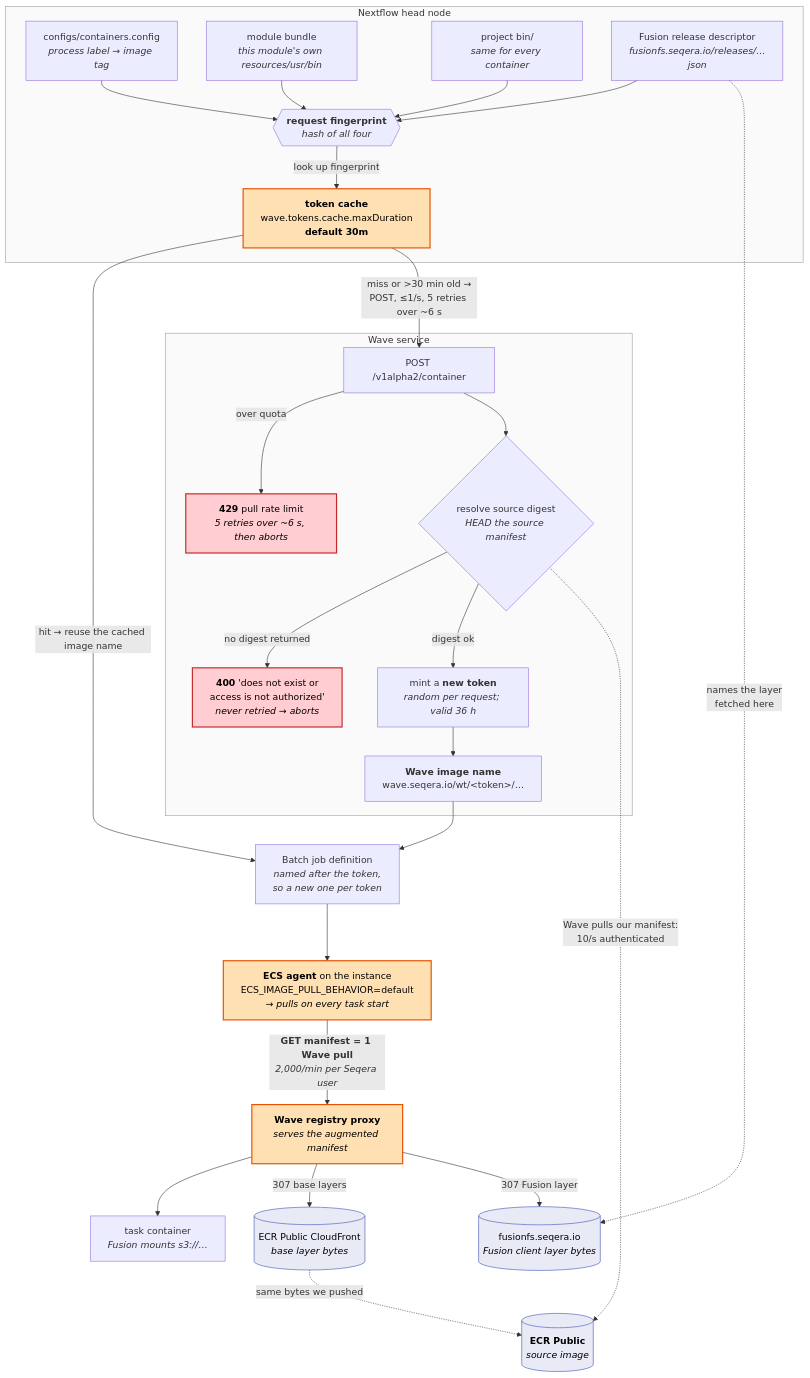
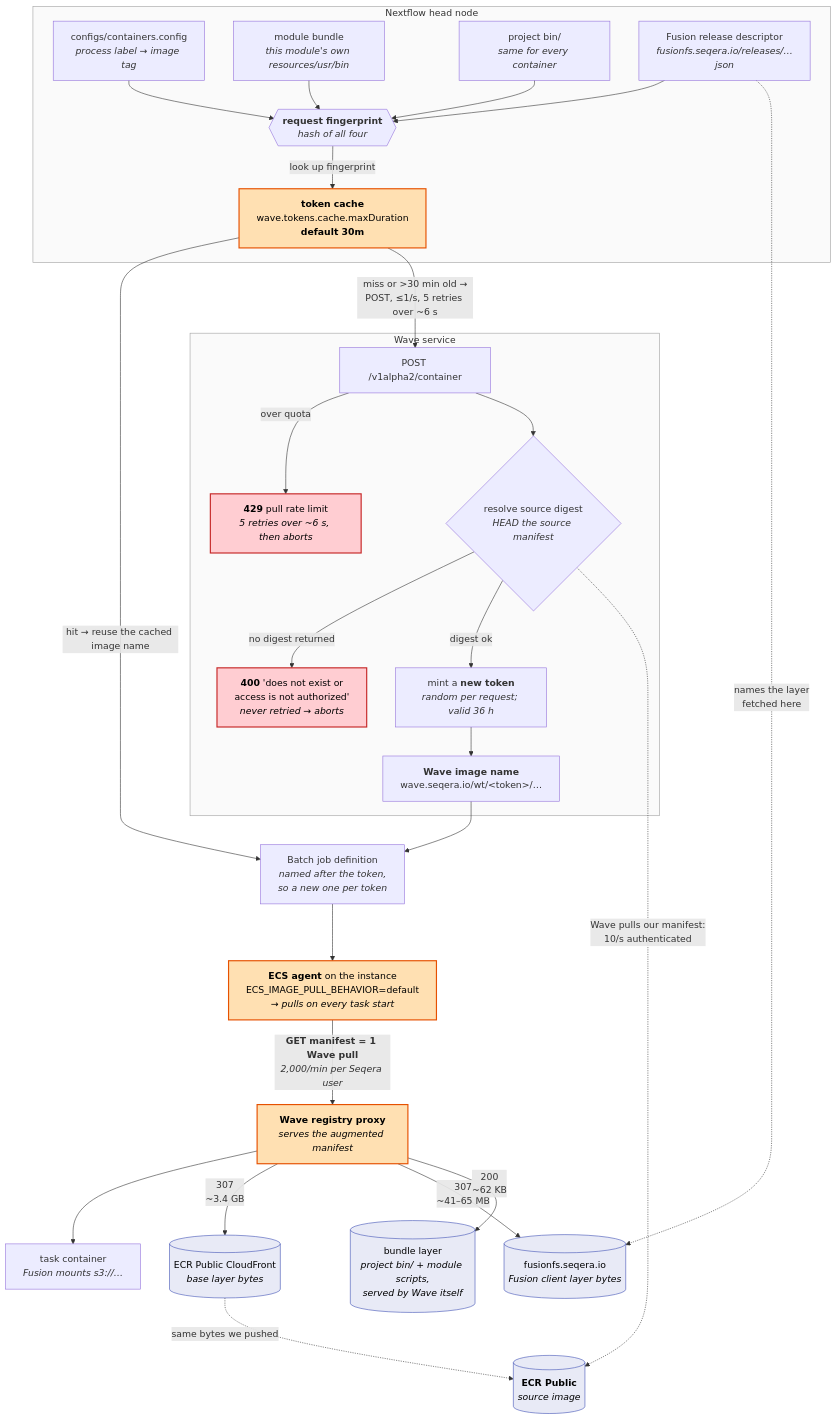
One commit to securebio/nao-mgs-workflow changed the second of 2 diagrams in docs/wave.md. Above: the diagram before and after it, drawn with Mermaid. The commit also changed other lines of this file, not shown here.

First line of the commit message:
Show the bundle layer as the one blob Wave actually serves

````diff
--- a/docs/wave.md
+++ b/docs/wave.md
@@ -127,58 +135,60 @@
 ```mermaid
 flowchart TB
     subgraph HEAD["Nextflow head node"]
         CFG["configs/containers.config<br/><i>process label → image tag</i>"]
         BUNDLE["module bundle<br/><i>this module's own resources/usr/bin</i>"]
         BIN["project bin/<br/><i>same for every container</i>"]
         FUSEJSON["Fusion release descriptor<br/><i>fusionfs.seqera.io/releases/…json</i>"]
         FP{{"<b>request fingerprint</b><br/><i>hash of all four</i>"}}
         CACHE["<b>token cache</b><br/>wave.tokens.cache.maxDuration<br/><b>default 30m</b>"]
         CFG --> FP
         BUNDLE --> FP
         BIN --> FP
         FUSEJSON --> FP
         FP -- "look up fingerprint" --> CACHE
     end
 
     subgraph WAVESVC["Wave service"]
         WAVE["POST /v1alpha2/container"]
         DIGEST{"resolve source digest<br/><i>HEAD the source manifest</i>"}
         ERR429["<b>429</b> pull rate limit<br/><i>5 retries over ~6 s, then aborts</i>"]
         ERR400["<b>400</b> 'does not exist or<br/>access is not authorized'<br/><i>never retried → aborts</i>"]
         TOKEN["mint a <b>new token</b><br/><i>random per request; valid 36 h</i>"]
         IMG["<b>Wave image name</b><br/>wave.seqera.io/wt/&lt;token&gt;/…"]
         WAVE -- "over quota" --> ERR429
         WAVE --> DIGEST
         DIGEST -- "no digest returned" --> ERR400
         DIGEST -- "digest ok" --> TOKEN --> IMG
     end
 
     SRC[("<b>ECR Public</b><br/><i>source image</i>")]
     JOBDEF["Batch job definition<br/><i>named after the token,<br/>so a new one per token</i>"]
     ECSAGENT["<b>ECS agent</b> on the instance<br/>ECS_IMAGE_PULL_BEHAVIOR=default<br/><i>→ pulls on every task start</i>"]
     WAVEREG["<b>Wave registry proxy</b><br/><i>serves the augmented manifest</i>"]
     TASK["task container<br/><i>Fusion mounts s3://…</i>"]
     CDN[("ECR Public CloudFront<br/><i>base layer bytes</i>")]
     FUSECDN[("fusionfs.seqera.io<br/><i>Fusion client layer bytes</i>")]
+    DATALAYER[("bundle layer<br/><i>project bin/ + module scripts,<br/>served by Wave itself</i>")]
 
     CACHE -- "hit → reuse the cached image name" --> JOBDEF
     CACHE -- "miss or >30 min old →<br/>POST, ≤1/s, 5 retries over ~6 s" --> WAVE
     DIGEST -. "Wave pulls our manifest:<br/>10/s authenticated" .-> SRC
     IMG --> JOBDEF
     JOBDEF --> ECSAGENT
     ECSAGENT -- "<b>GET manifest = 1 Wave pull</b><br/><i>2,000/min per Seqera user</i>" --> WAVEREG
     WAVEREG --> TASK
-    WAVEREG -- "307 base layers" --> CDN
-    WAVEREG -- "307 Fusion layer" --> FUSECDN
+    WAVEREG -- "307<br/>~3.4 GB" --> CDN
+    WAVEREG -- "307<br/>~41–65 MB" --> FUSECDN
+    WAVEREG -- "200<br/>~62 KB" --> DATALAYER
     CDN -. "same bytes we pushed" .-> SRC
     FUSEJSON -. "names the layer<br/>fetched here" .-> FUSECDN
 
     classDef hot fill:#ffe0b2,stroke:#e65100,stroke-width:2px,color:#000
     classDef fail fill:#ffcdd2,stroke:#c62828,stroke-width:2px,color:#000
     classDef reg fill:#e8eaf6,stroke:#3f51b5,color:#000
     class CACHE,ECSAGENT,WAVEREG hot
     class ERR400,ERR429 fail
-    class SRC,CDN,FUSECDN reg
+    class SRC,CDN,FUSECDN,DATALAYER reg
     style HEAD fill:#fafafa,stroke:#9e9e9e
     style WAVESVC fill:#fafafa,stroke:#9e9e9e
 ```
````
